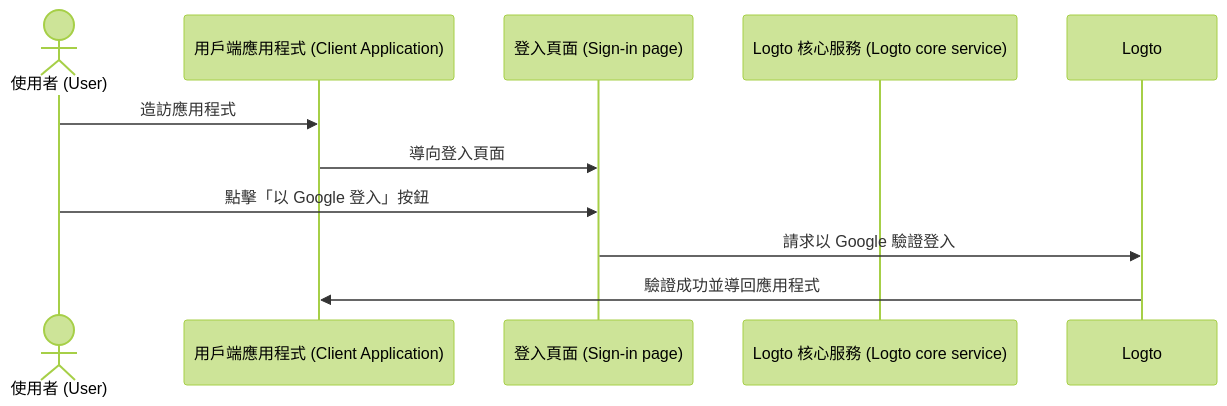
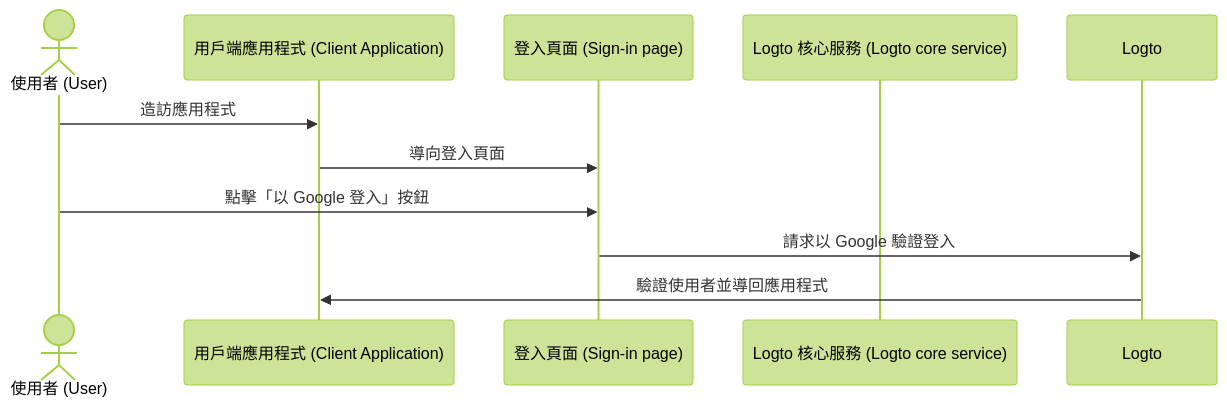
The sixth of 6 diagrams in i18n/zh-TW/docusaurus-plugin-content-docs/current/end-user-flows/sign-up-and-sign-in/social-sign-in.mdx (logto-io/docs), drawn with Mermaid (forest theme) before and after one commit. The commit also changed other lines of this file and 666 other files, not shown here.

````diff
--- a/i18n/zh-TW/docusaurus-plugin-content-docs/current/end-user-flows/sign-up-and-sign-in/social-sign-in.mdx
+++ b/i18n/zh-TW/docusaurus-plugin-content-docs/current/end-user-flows/sign-up-and-sign-in/social-sign-in.mdx
@@ -180,13 +180,13 @@
 ```mermaid
 sequenceDiagram
 actor user as 使用者 (User)
     participant app as 用戶端應用程式 (Client Application)
     participant experience as 登入頁面 (Sign-in page)
     participant logto as Logto 核心服務 (Logto core service)
 
     user->>app: 造訪應用程式
     app->>experience: 導向登入頁面
     user->>experience: 點擊「以 Google 登入」按鈕
     experience->>Logto: 請求以 Google 驗證登入
-    Logto->>app: 驗證成功並導回應用程式
+    Logto->>app: 驗證使用者並導回應用程式
 ```
````
